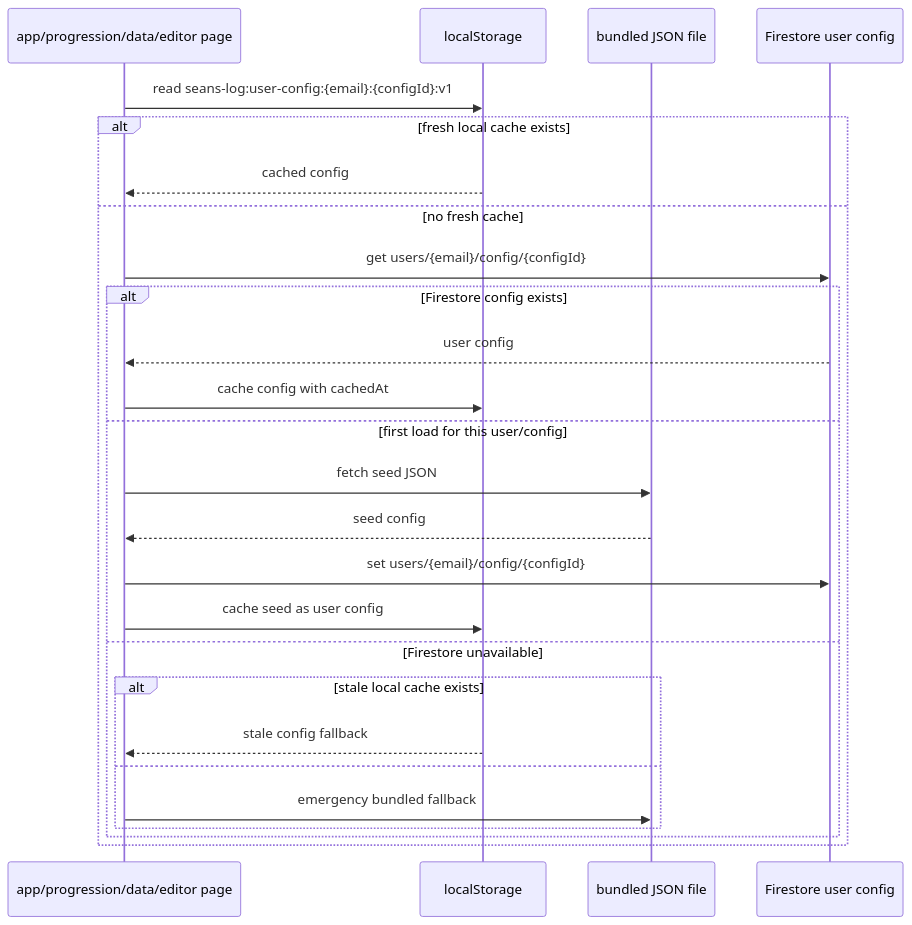
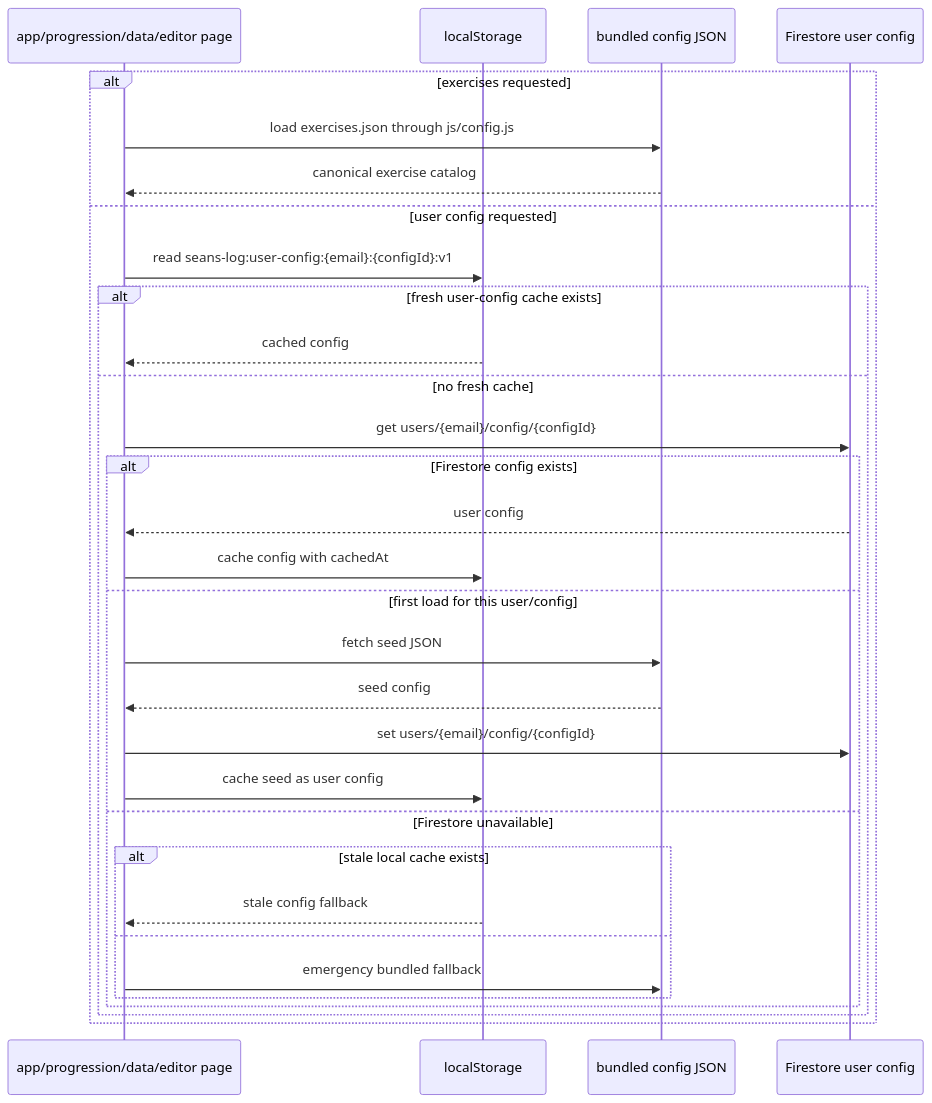
One commit to 0sps/sull1van.com changed the third of 5 diagrams in workouts/WORKOUTS_ARCHITECTURE.md. Above: the diagram before and after it, drawn with Mermaid. The commit also changed other lines of this file and 11 other files, not shown here.

````diff
--- a/workouts/WORKOUTS_ARCHITECTURE.md
+++ b/workouts/WORKOUTS_ARCHITECTURE.md
@@ -152,29 +154,34 @@
 ```mermaid
 sequenceDiagram
     participant Page as app/progression/data/editor page
     participant LS as localStorage
-    participant JSON as bundled JSON file
+    participant JSON as bundled config JSON
     participant FS as Firestore user config
 
-    Page->>LS: read seans-log:user-config:{email}:{configId}:v1
-    alt fresh local cache exists
-        LS-->>Page: cached config
-    else no fresh cache
-        Page->>FS: get users/{email}/config/{configId}
-        alt Firestore config exists
-            FS-->>Page: user config
-            Page->>LS: cache config with cachedAt
-        else first load for this user/config
-            Page->>JSON: fetch seed JSON
-            JSON-->>Page: seed config
-            Page->>FS: set users/{email}/config/{configId}
-            Page->>LS: cache seed as user config
-        else Firestore unavailable
-            alt stale local cache exists
-                LS-->>Page: stale config fallback
-            else
-                Page->>JSON: emergency bundled fallback
+    alt exercises requested
+        Page->>JSON: load exercises.json through js/config.js
+        JSON-->>Page: canonical exercise catalog
+    else user config requested
+        Page->>LS: read seans-log:user-config:{email}:{configId}:v1
+        alt fresh user-config cache exists
+            LS-->>Page: cached config
+        else no fresh cache
+            Page->>FS: get users/{email}/config/{configId}
+            alt Firestore config exists
+                FS-->>Page: user config
+                Page->>LS: cache config with cachedAt
+            else first load for this user/config
+                Page->>JSON: fetch seed JSON
+                JSON-->>Page: seed config
+                Page->>FS: set users/{email}/config/{configId}
+                Page->>LS: cache seed as user config
+            else Firestore unavailable
+                alt stale local cache exists
+                    LS-->>Page: stale config fallback
+                else
+                    Page->>JSON: emergency bundled fallback
+                end
             end
         end
     end
 ```
````
